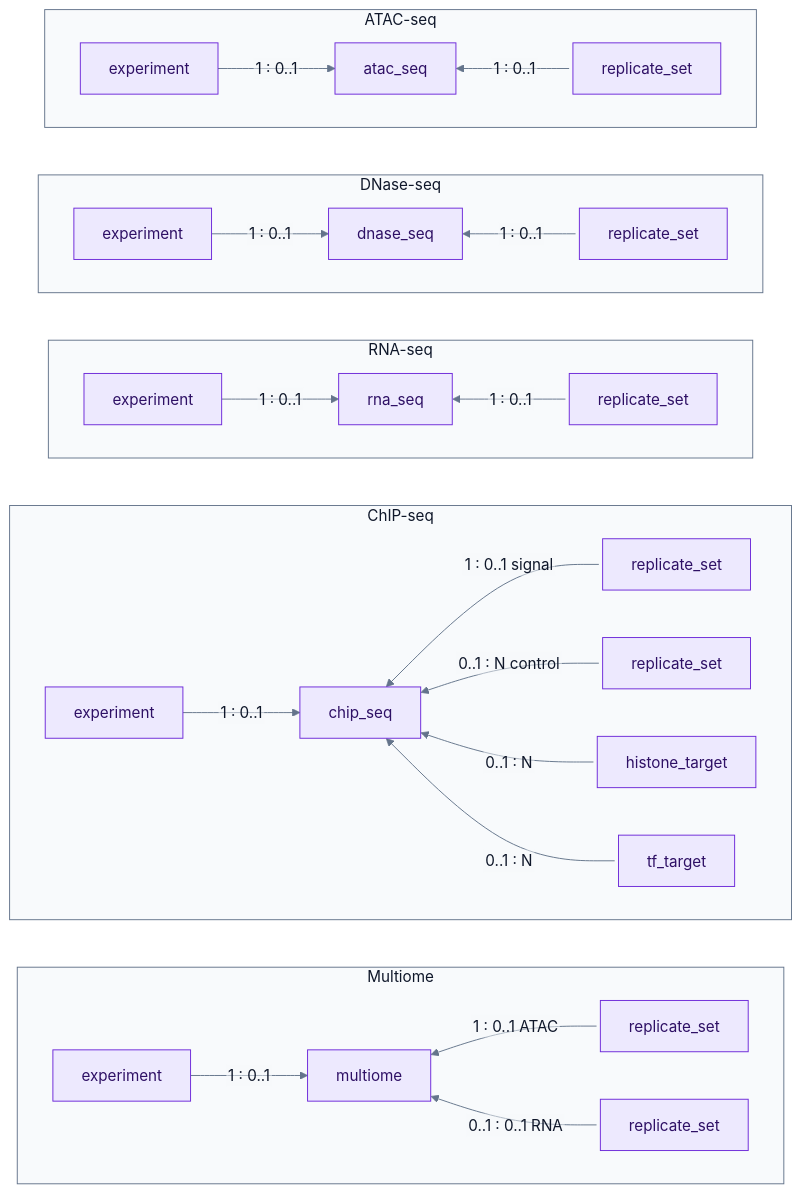
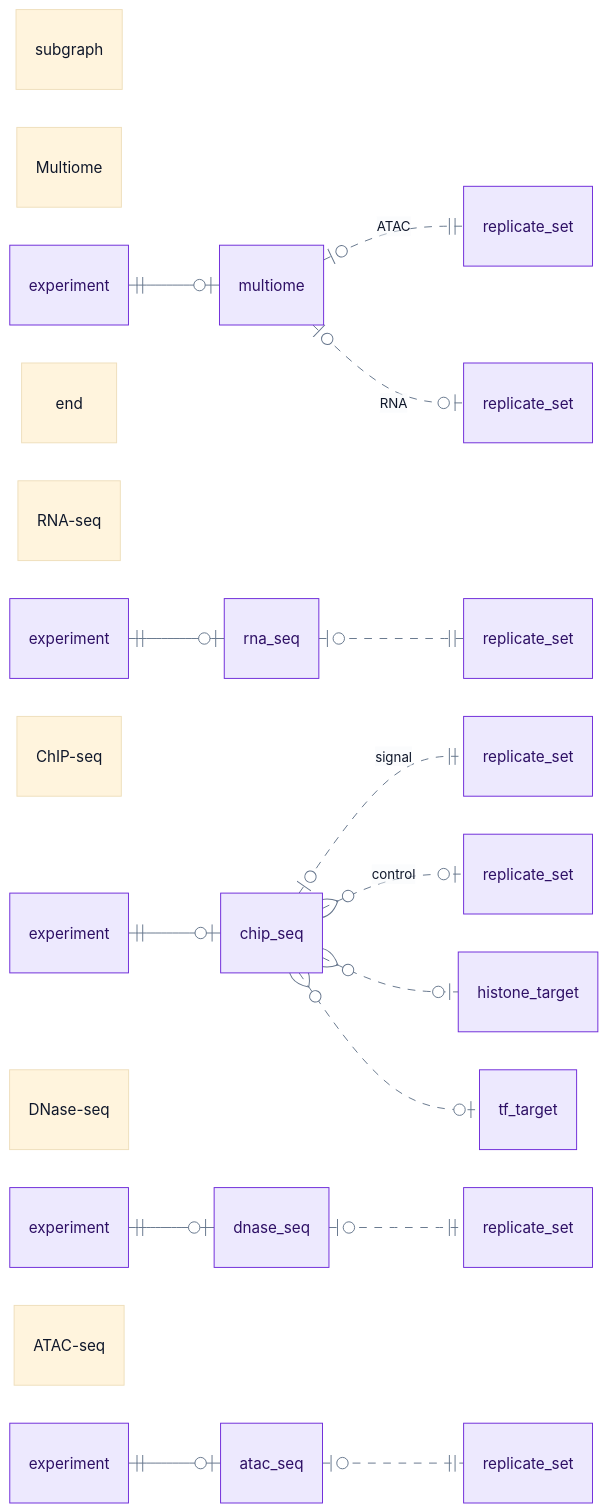
The second of 7 diagrams in README.md (Ensembl/regulation-data-registry), drawn with Mermaid before and after one commit. The commit also changed other lines of this file, not shown here.

First line of the commit message:
Refine schema diagrams with native ER notation

````diff
--- a/README.md
+++ b/README.md
@@ -141,64 +151,81 @@
 ```mermaid
 ---
 config:
   theme: base
+  layout: dagre
+  er:
+    rankSpacing: 90
+    nodeSpacing: 40
   themeCSS: |
-    .edgeLabel rect { opacity: 1; }
+    .relationshipLabelBox, .relationshipLabelBox rect { opacity: 1; fill: #f8fafc; }
     .labelBkg { background-color: #f8fafc; }
   themeVariables:
     primaryTextColor: '#0f172a'
-    secondaryTextColor: '#0f172a'
-    tertiaryTextColor: '#0f172a'
     textColor: '#0f172a'
     lineColor: '#64748b'
     edgeLabelBackground: '#f8fafc'
     clusterBkg: '#f8fafc'
-    clusterBorder: '#64748b'
-    titleColor: '#0f172a'
-  flowchart:
-    htmlLabels: false
+    clusterBorder: '#94a3b8'
+    tertiaryColor: '#f8fafc'
+    tertiaryTextColor: '#0f172a'
 ---
-flowchart TB
-    subgraph atac_panel["ATAC-seq"]
+erDiagram
+    direction LR
+    %% Reverse declaration order gives ATAC, DNase, ChIP, RNA, Multiome top to bottom.
+    subgraph assay_multiome ["Multiome"]
         direction LR
-        atac_experiment["experiment"] -->|"1 : 0..1"| atac_seq
-        atac_seq <-->|"1 : 0..1"| atac_replicates["replicate_set"]
+        multiome_experiment["experiment"]
+        multiome
+        multiome_atac["replicate_set"]
+        multiome_rna["replicate_set"]
+        multiome_experiment ||--o| multiome : ""
+        multiome |o..|| multiome_atac : "ATAC"
+        multiome |o..o| multiome_rna : "RNA"
     end
 
-    subgraph dnase_panel["DNase-seq"]
+    subgraph assay_rna ["RNA-seq"]
         direction LR
-        dnase_experiment["experiment"] -->|"1 : 0..1"| dnase_seq
-        dnase_seq <-->|"1 : 0..1"| dnase_replicates["replicate_set"]
+        rna_experiment["experiment"]
+        rna_seq
+        rna_replicates["replicate_set"]
+        rna_experiment ||--o| rna_seq : ""
+        rna_seq |o..|| rna_replicates : ""
     end
 
-    subgraph rna_panel["RNA-seq"]
+    subgraph assay_chip ["ChIP-seq"]
         direction LR
-        rna_experiment["experiment"] -->|"1 : 0..1"| rna_seq
-        rna_seq <-->|"1 : 0..1"| rna_replicates["replicate_set"]
+        chip_experiment["experiment"]
+        chip_seq
+        chip_signal["replicate_set"]
+        chip_control["replicate_set"]
+        chip_histone["histone_target"]
+        chip_tf["tf_target"]
+        chip_experiment ||--o| chip_seq : ""
+        chip_seq |o..|| chip_signal : "signal"
+        chip_seq }o..o| chip_control : "control"
+        chip_seq }o..o| chip_histone : ""
+        chip_seq }o..o| chip_tf : ""
     end
 
-    subgraph chip_panel["ChIP-seq"]
+    subgraph assay_dnase ["DNase-seq"]
         direction LR
-        chip_experiment["experiment"] -->|"1 : 0..1"| chip_seq
-        chip_seq <-->|"1 : 0..1 signal"| chip_signal["replicate_set"]
-        chip_seq <-->|"0..1 : N control"| chip_control["replicate_set"]
-        chip_seq <-->|"0..1 : N"| chip_histone["histone_target"]
-        chip_seq <-->|"0..1 : N"| chip_tf["tf_target"]
+        dnase_experiment["experiment"]
+        dnase_seq
+        dnase_replicates["replicate_set"]
+        dnase_experiment ||--o| dnase_seq : ""
+        dnase_seq |o..|| dnase_replicates : ""
     end
 
-    subgraph multiome_panel["Multiome"]
+    subgraph assay_atac ["ATAC-seq"]
         direction LR
-        multiome_experiment["experiment"] -->|"1 : 0..1"| multiome
-        multiome <-->|"1 : 0..1 ATAC"| multiome_atac["replicate_set"]
-        multiome <-->|"0..1 : 0..1 RNA"| multiome_rna["replicate_set"]
+        atac_experiment["experiment"]
+        atac_seq
+        atac_replicates["replicate_set"]
+        atac_experiment ||--o| atac_seq : ""
+        atac_seq |o..|| atac_replicates : ""
     end
 
-    %% Keep right-hand nodes on the right, with arrowheads only at the assay.
-    linkStyle 1,3,5,7,8,9,10,12,13 marker-end:none
-
-    %% Invisible links keep the independent assay rows stacked vertically.
-    atac_panel ~~~ dnase_panel ~~~ rna_panel ~~~ chip_panel ~~~ multiome_panel
 
     classDef assays fill:#ede9fe,stroke:#6d28d9,color:#2e1065
     class atac_experiment,atac_replicates,atac_seq,dnase_experiment,dnase_replicates,dnase_seq,rna_experiment,rna_replicates,rna_seq,chip_experiment,chip_signal,chip_control,chip_histone,chip_tf,chip_seq,multiome_experiment,multiome_atac,multiome_rna,multiome assays
 ```
````
